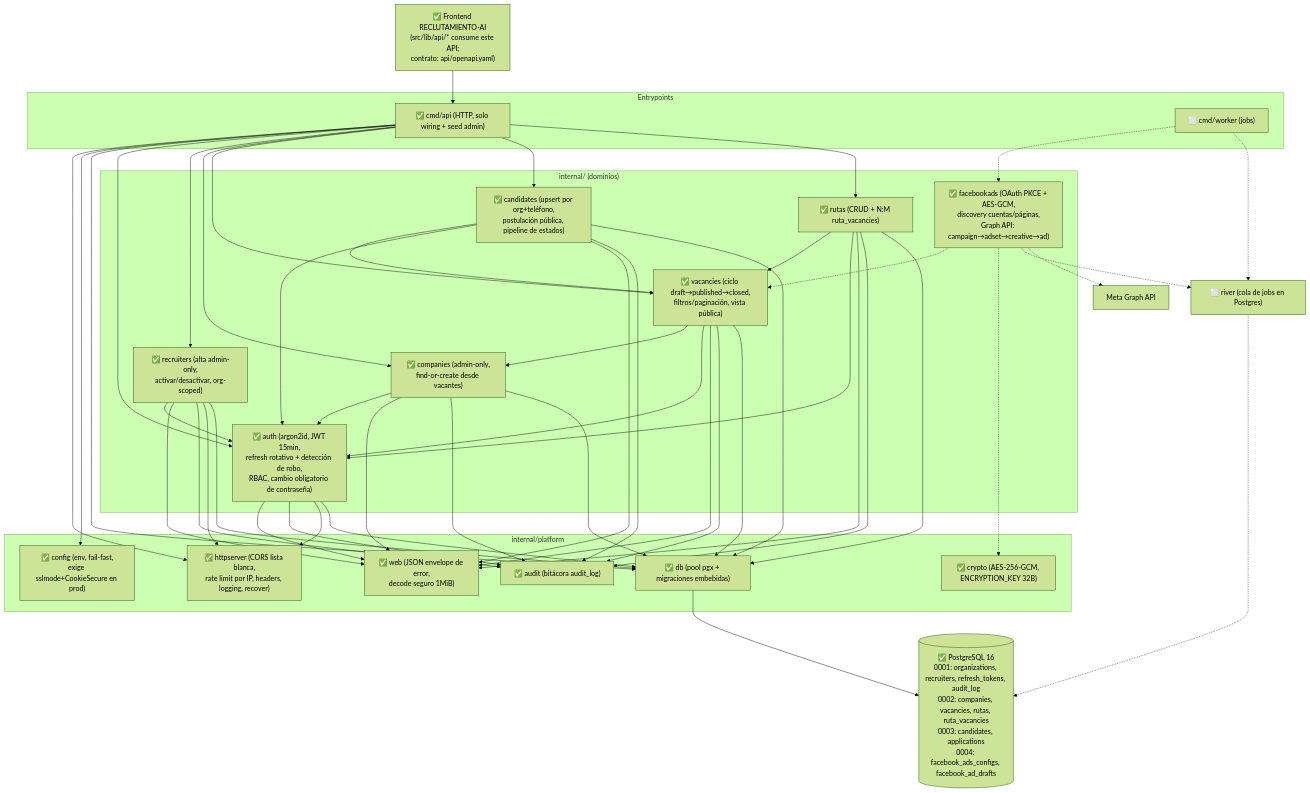
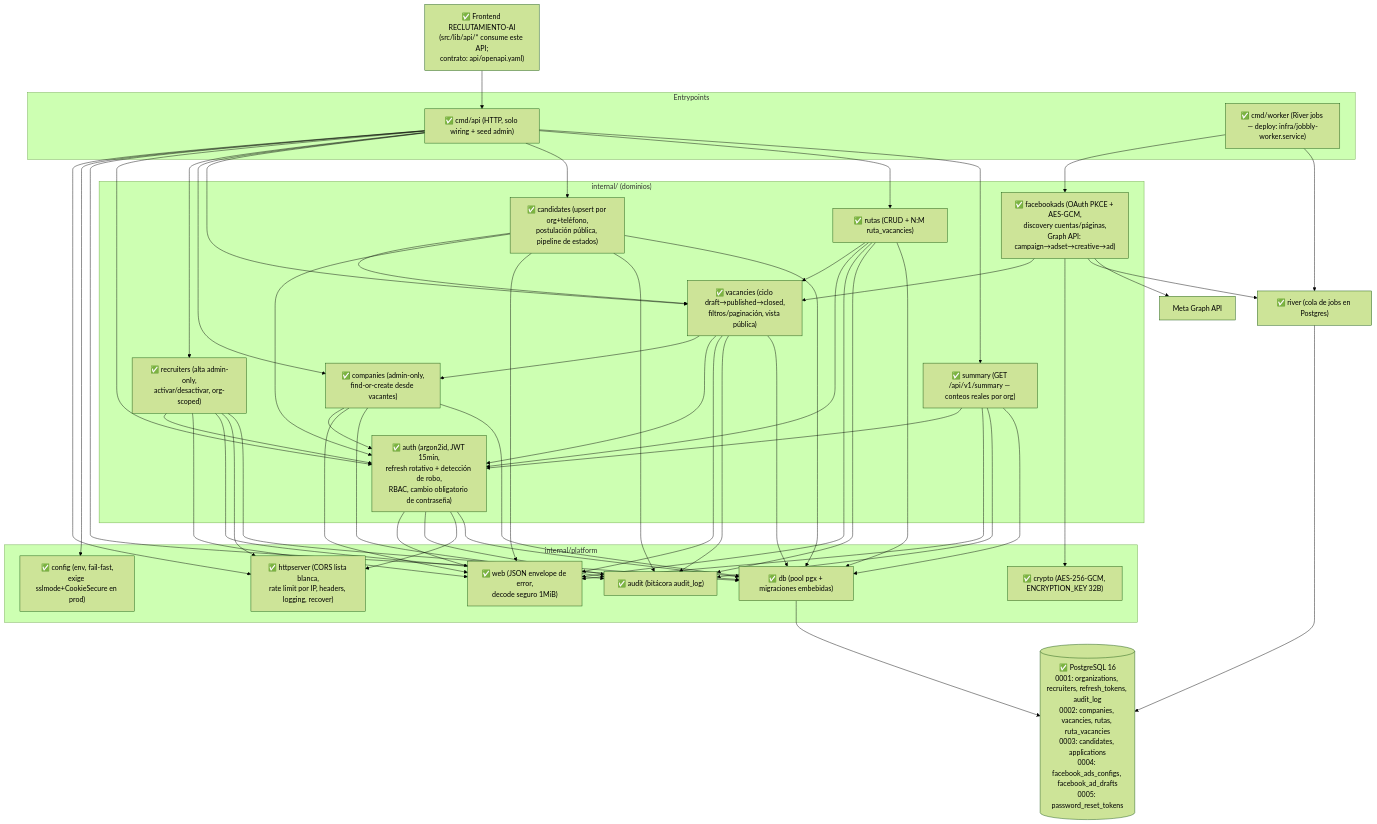
Before and after one commit to FAMMTO/reclutamiento_backend: the diagram in CLAUDE.md, drawn with Mermaid (forest theme). The commit also changed other lines of this file and 7 other files, not shown here.

````diff
--- a/CLAUDE.md
+++ b/CLAUDE.md
@@ -28,46 +29,47 @@
 ```mermaid
 graph TD
     subgraph Entrypoints
         API["✅ cmd/api (HTTP, solo wiring + seed admin)"]
-        WRK["⬜ cmd/worker (jobs)"]
+        WRK["✅ cmd/worker (River jobs — deploy: infra/jobbly-worker.service)"]
     end
 
     subgraph "internal/ (dominios)"
         AUTH["✅ auth (argon2id, JWT 15min,<br/>refresh rotativo + detección de robo,<br/>RBAC, cambio obligatorio de contraseña)"]
         REC["✅ recruiters (alta admin-only,<br/>activar/desactivar, org-scoped)"]
         CMP["✅ companies (admin-only,<br/>find-or-create desde vacantes)"]
         VAC["✅ vacancies (ciclo draft→published→closed,<br/>filtros/paginación, vista pública)"]
         CAN["✅ candidates (upsert por org+teléfono,<br/>postulación pública, pipeline de estados)"]
         RUT["✅ rutas (CRUD + N:M ruta_vacancies)"]
         FBA["✅ facebookads (OAuth PKCE + AES-GCM,<br/>discovery cuentas/páginas,<br/>Graph API: campaign→adset→creative→ad)"]
+        SUM["✅ summary (GET /api/v1/summary — conteos reales por org)"]
     end
 
     subgraph "internal/platform"
         DB["✅ db (pool pgx + migraciones embebidas)"]
         CFG["✅ config (env, fail-fast,<br/>exige sslmode+CookieSecure en prod)"]
         HTTPS["✅ httpserver (CORS lista blanca,<br/>rate limit por IP, headers, logging, recover)"]
         WEB["✅ web (JSON envelope de error,<br/>decode seguro 1MiB)"]
         AUD["✅ audit (bitácora audit_log)"]
         CRY["✅ crypto (AES-256-GCM, ENCRYPTION_KEY 32B)"]
     end
 
-    PG[("✅ PostgreSQL 16<br/>0001: organizations, recruiters, refresh_tokens, audit_log<br/>0002: companies, vacancies, rutas, ruta_vacancies<br/>0003: candidates, applications<br/>0004: facebook_ads_configs, facebook_ad_drafts")]
-    RIVER["⬜ river (cola de jobs en Postgres)"]
+    PG[("✅ PostgreSQL 16<br/>0001: organizations, recruiters, refresh_tokens, audit_log<br/>0002: companies, vacancies, rutas, ruta_vacancies<br/>0003: candidates, applications<br/>0004: facebook_ads_configs, facebook_ad_drafts<br/>0005: password_reset_tokens")]
+    RIVER["✅ river (cola de jobs en Postgres)"]
     META["Meta Graph API"]
     FE["✅ Frontend RECLUTAMIENTO-AI<br/>(src/lib/api/* consume este API;<br/>contrato: api/openapi.yaml)"]
 
     API --> HTTPS & CFG & DB
-    API --> AUTH & REC & CMP & VAC & CAN & RUT
-    WRK -.-> FBA & RIVER
+    API --> AUTH & REC & CMP & VAC & CAN & RUT & SUM
+    WRK --> FBA & RIVER
     AUTH --> WEB & AUD & HTTPS
     REC --> AUTH & WEB & AUD & HTTPS
     VAC --> CMP
     CAN --> VAC
     RUT --> VAC
-    CMP & VAC & CAN & RUT --> AUTH & WEB & AUD
-    FBA -.-> VAC & CRY & RIVER & META
-    AUTH & REC & CMP & VAC & CAN & RUT --> DB
+    CMP & VAC & CAN & RUT & SUM --> AUTH & WEB & AUD
+    FBA --> VAC & CRY & RIVER & META
+    AUTH & REC & CMP & VAC & CAN & RUT & SUM --> DB
     DB --> PG
-    RIVER -.-> PG
+    RIVER --> PG
     FE --> API
 ```
````
